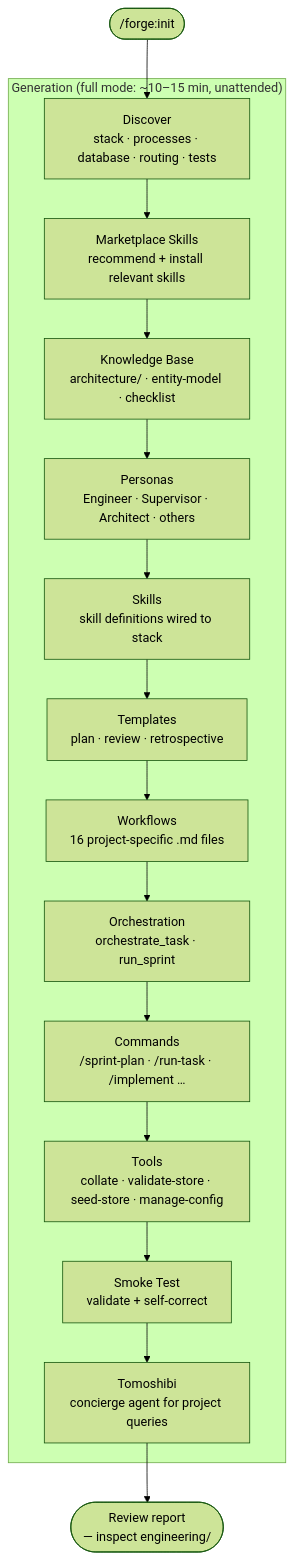
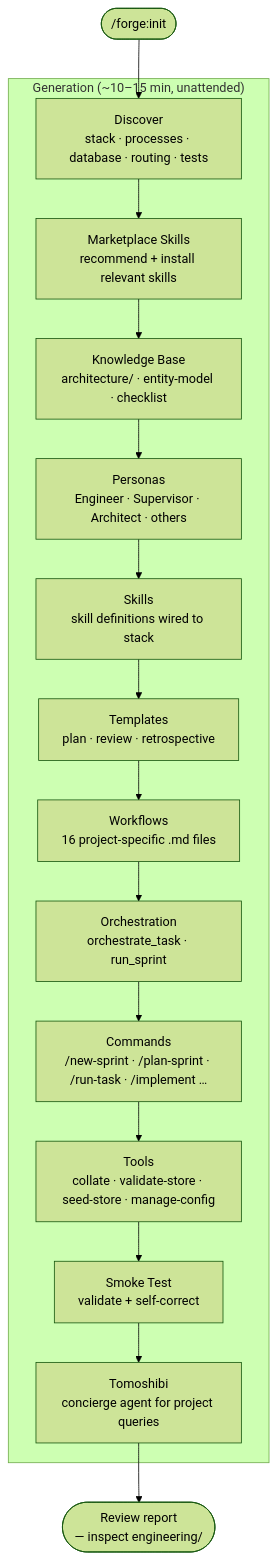
One commit to Entelligentsia/forge changed the first of 4 diagrams in docs/existing-project.md. Above: the diagram before and after it, drawn with Mermaid (forest theme). The commit also changed other lines of this file and 40 other files, not shown here.

````diff
--- a/docs/existing-project.md
+++ b/docs/existing-project.md
@@ -11,21 +11,21 @@
 ```mermaid
 flowchart TD
     A([/forge:init]) --> B
 
-    subgraph gen["Generation  (full mode: ~10–15 min, unattended)"]
+    subgraph gen["Generation  (~10–15 min, unattended)"]
         B[Discover\nstack · processes · database · routing · tests] --> B2
         B2[Marketplace Skills\nrecommend + install relevant skills] --> C
         C[Knowledge Base\narchitecture/ · entity-model · checklist] --> D
         D[Personas\nEngineer · Supervisor · Architect · others] --> D2
         D2[Skills\nskill definitions wired to stack] --> E
         E[Templates\nplan · review · retrospective] --> F
         F[Workflows\n16 project-specific .md files] --> G
         G[Orchestration\norchestrate_task · run_sprint] --> H
-        H[Commands\n/sprint-plan · /run-task · /implement …] --> I
+        H[Commands\n/new-sprint · /plan-sprint · /run-task · /implement …] --> I
         I[Tools\ncollate · validate-store · seed-store · manage-config] --> J
         J[Smoke Test\nvalidate + self-correct] --> T
         T[Tomoshibi\nconcierge agent for project queries]
     end
 
     T --> K([Review report\n— inspect engineering/])
 ```
````
